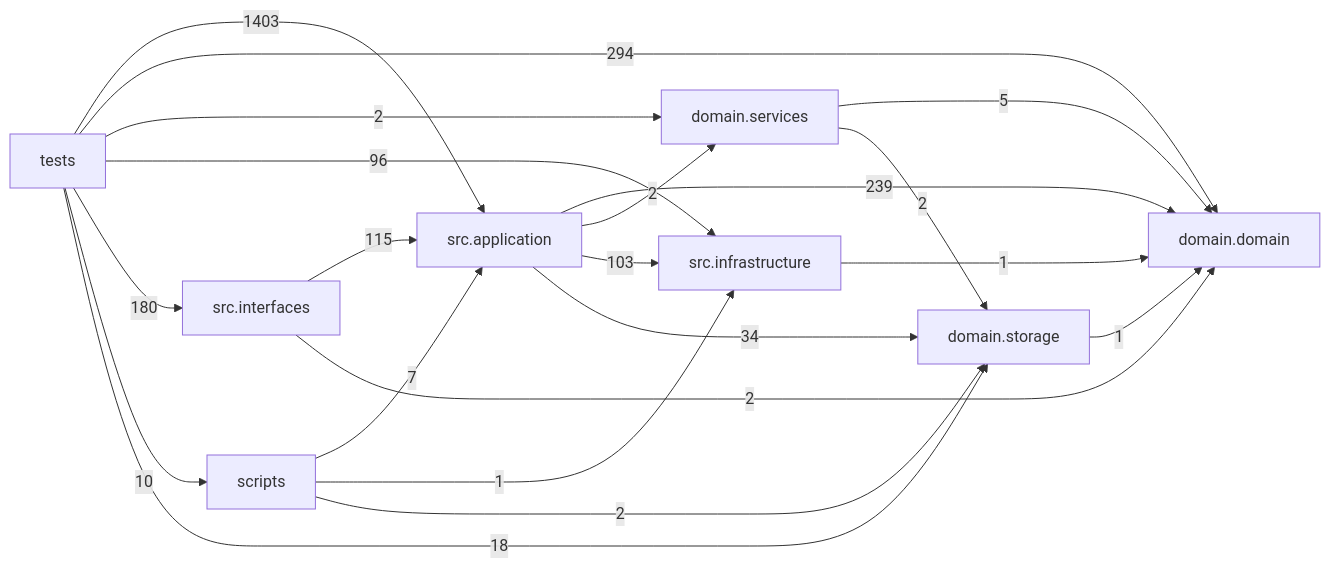
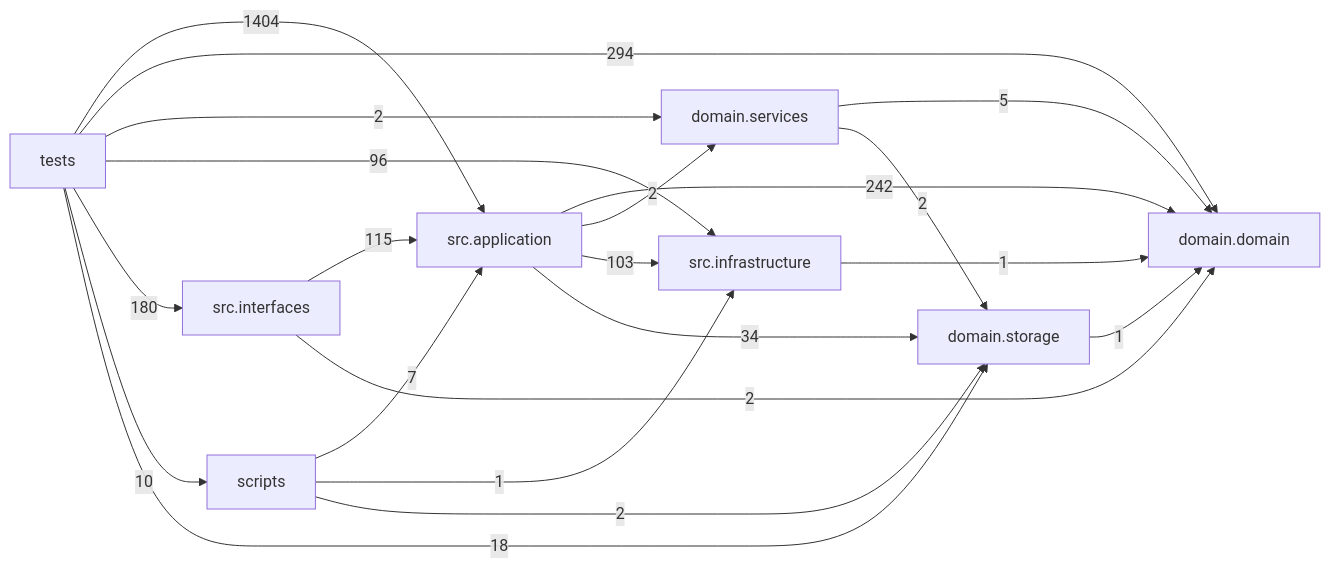
One commit to liuxie066/options-monitor changed the diagram in docs/DEPENDENCY_GRAPH.md. Above: the diagram before and after it, drawn with Mermaid. The commit also changed other lines of this file and 7 other files, not shown here.

````diff
--- a/docs/DEPENDENCY_GRAPH.md
+++ b/docs/DEPENDENCY_GRAPH.md
@@ -24,31 +24,31 @@
 ```mermaid
 flowchart LR
   tests["tests"]
   scripts["scripts"]
   interfaces["src.interfaces"]
   application["src.application"]
   infrastructure["src.infrastructure"]
   domain_services["domain.services"]
   domain["domain.domain"]
   storage["domain.storage"]
-  application -->|239| domain
+  application -->|242| domain
   application -->|2| domain_services
   application -->|103| infrastructure
   application -->|34| storage
   domain_services -->|5| domain
   domain_services -->|2| storage
   infrastructure -->|1| domain
   interfaces -->|115| application
   interfaces -->|2| domain
   scripts -->|7| application
   scripts -->|1| infrastructure
   scripts -->|2| storage
   storage -->|1| domain
-  tests -->|1403| application
+  tests -->|1404| application
   tests -->|294| domain
   tests -->|2| domain_services
   tests -->|96| infrastructure
   tests -->|180| interfaces
   tests -->|10| scripts
   tests -->|18| storage
 ```
````
